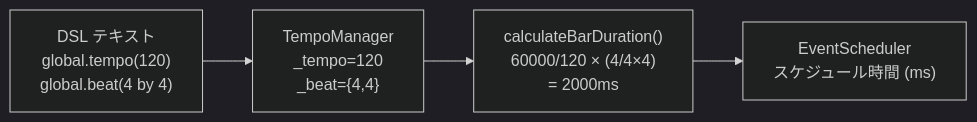
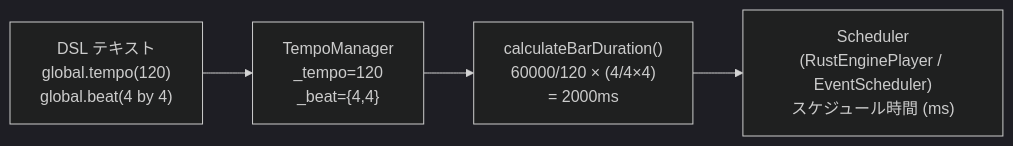
The first of 2 diagrams in sites/dev/scheduling/time-representation.md (signalcompose/orbitscore), drawn with Mermaid (dark theme) before and after one commit. The commit also changed other lines of this file and 8 other files, not shown here.

````diff
--- a/sites/dev/scheduling/time-representation.md
+++ b/sites/dev/scheduling/time-representation.md
@@ -146,6 +183,6 @@
 ```mermaid
 flowchart LR
   DSL["DSL テキスト\nglobal.tempo(120)\nglobal.beat(4 by 4)"] --> TM["TempoManager\n_tempo=120\n_beat={4,4}"]
   TM --> CALC["calculateBarDuration()\n60000/120 × (4/4×4)\n= 2000ms"]
-  CALC --> SCHED["EventScheduler\nスケジュール時間 (ms)"]
+  CALC --> SCHED["Scheduler\n(RustEnginePlayer / EventScheduler)\nスケジュール時間 (ms)"]
 ```
````
